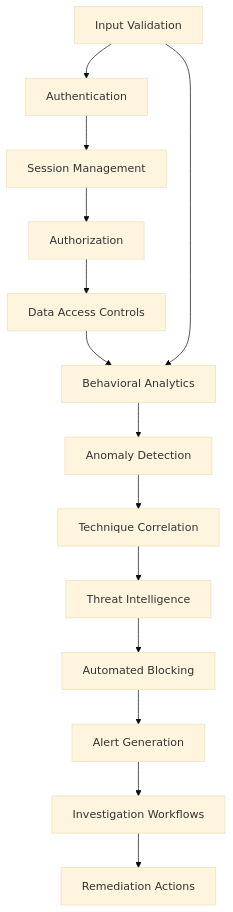
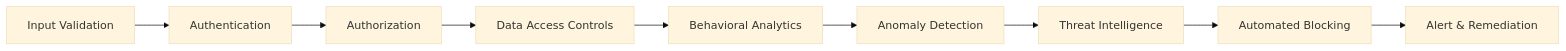
The sixth of 7 diagrams in slides/Slides.md (codebytes/mitre-attack-for-devs), drawn with Mermaid (base theme) before and after one commit. The commit also changed other lines of this file, not shown here.

Commit message:
Fix overflowing slides: split code blocks, simplify diagrams, trim content

```diff
--- a/slides/Slides.md
+++ b/slides/Slides.md
@@ -1005,16 +995,11 @@
 <div class="mermaid">
-graph TB
+graph LR
     A1[Input Validation] --> A2[Authentication]
-    A2 --> A3[Session Management]
-    A3 --> A4[Authorization]
-    A4 --> A5[Data Access Controls]
-    A5 --> B1[Behavioral Analytics]
+    A2 --> A3[Authorization]
+    A3 --> A4[Data Access Controls]
+    A4 --> B1[Behavioral Analytics]
     B1 --> B2[Anomaly Detection]
-    B2 --> B3[Technique Correlation]
-    B3 --> B4[Threat Intelligence]
-    B4 --> C1[Automated Blocking]
-    C1 --> C2[Alert Generation]
-    C2 --> C3[Investigation Workflows]
-    C3 --> C4[Remediation Actions]
-    A1 --> B1
+    B2 --> B3[Threat Intelligence]
+    B3 --> C1[Automated Blocking]
+    C1 --> C2[Alert & Remediation]
 </div>
```
